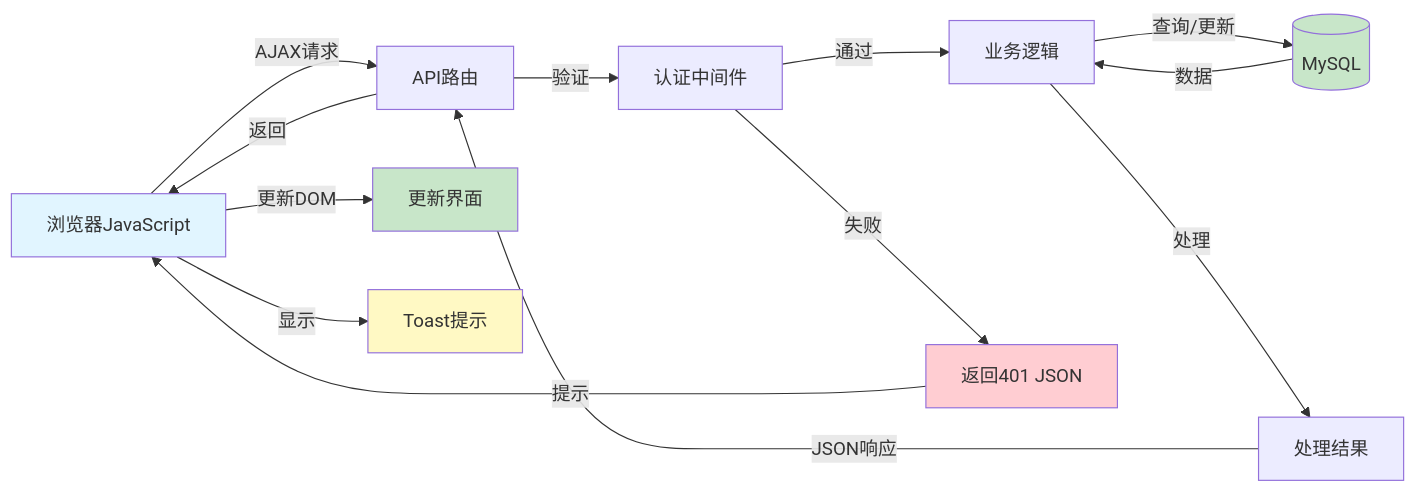
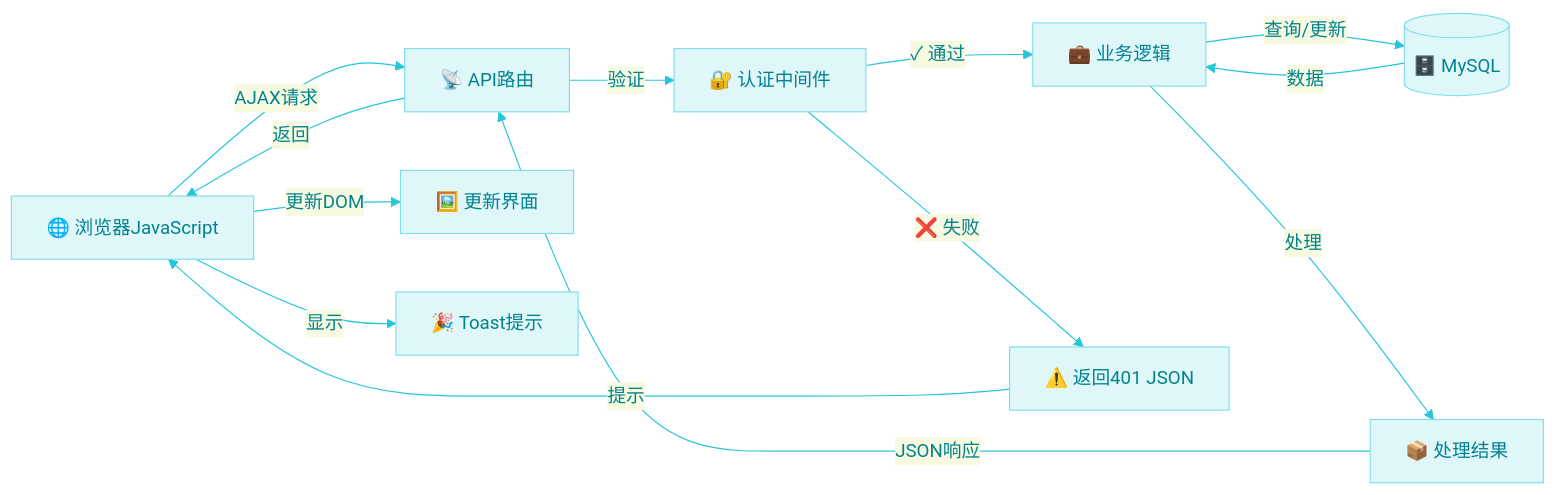
Before and after one commit to keyoshoin/movie-website: diagram 16 of 18 in docs/架构设计.md, drawn with Mermaid. The commit also changed other lines of this file, not shown here.

````diff
--- a/docs/架构设计.md
+++ b/docs/架构设计.md
@@ -672,25 +565,20 @@
 ```mermaid
+%%{init: {'theme': 'base', 'themeVariables': { 'primaryColor': '#e0f7fa', 'primaryTextColor': '#00838f', 'primaryBorderColor': '#80deea', 'lineColor': '#26c6da'}}}%%
 flowchart LR
-    Browser[浏览器JavaScript] -->|AJAX请求| API[API路由]
-    API -->|验证| Auth[认证中间件]
+    Browser["🌐 浏览器JavaScript"] -->|"AJAX请求"| API["📡 API路由"]
+    API -->|"验证"| Auth["🔐 认证中间件"]
     
-    Auth -->|通过| Logic[业务逻辑]
-    Auth -->|失败| JSON401[返回401 JSON]
+    Auth -->|"✓ 通过"| Logic["💼 业务逻辑"]
+    Auth -->|"❌ 失败"| JSON401["⚠️ 返回401 JSON"]
     
-    Logic -->|查询/更新| DB[(MySQL)]
-    DB -->|数据| Logic
-    Logic -->|处理| Result[处理结果]
-    Result -->|JSON响应| API
-    API -->|返回| Browser
+    Logic -->|"查询/更新"| DB[("🗄️ MySQL")]
+    DB -->|"数据"| Logic
+    Logic -->|"处理"| Result["📦 处理结果"]
+    Result -->|"JSON响应"| API
+    API -->|"返回"| Browser
     
-    Browser -->|更新DOM| UI[更新界面]
-    Browser -->|显示| Toast[Toast提示]
+    Browser -->|"更新DOM"| UI["🖼️ 更新界面"]
+    Browser -->|"显示"| Toast["🎉 Toast提示"]
     
-    JSON401 -->|提示| Browser
-    
-    style Browser fill:#e1f5ff
-    style DB fill:#c8e6c9
-    style JSON401 fill:#ffcdd2
-    style Toast fill:#fff9c4
-    style UI fill:#c8e6c9
+    JSON401 -->|"提示"| Browser
 ```
````
